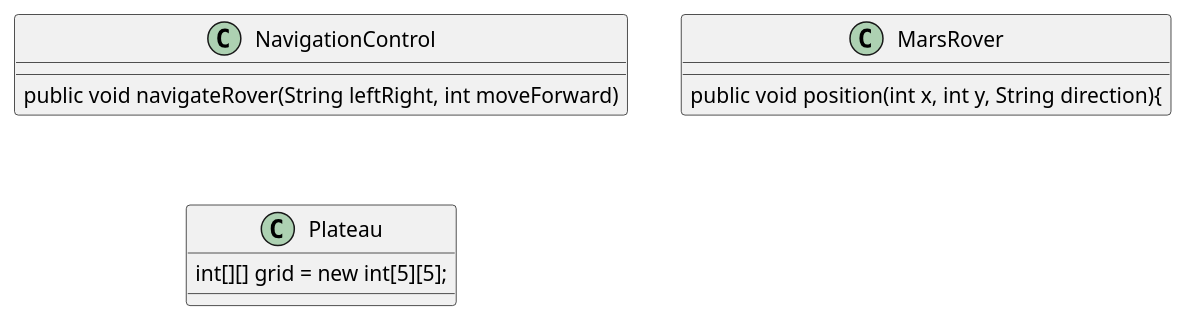
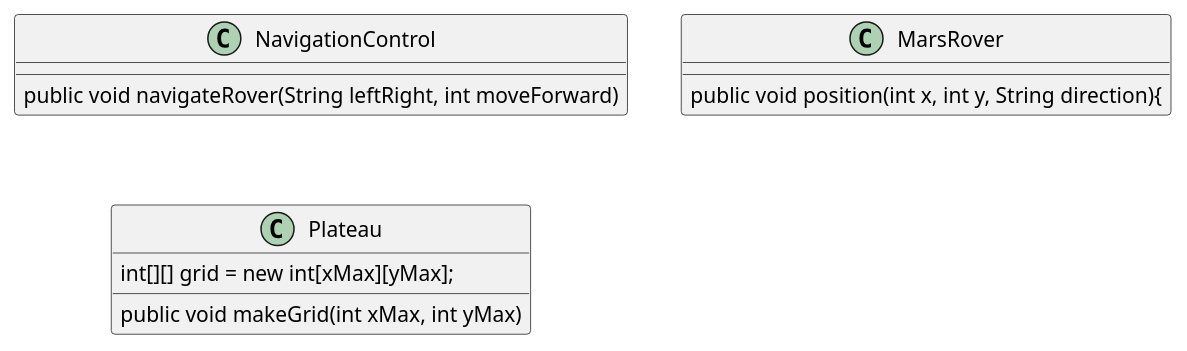
Before and after one commit to meenu-mathews/MarsRover: the diagram in .idea/MarsRover.puml, drawn with PlantUML.

Commit message:
Updated UML design

```diff
--- a/.idea/MarsRover.puml
+++ b/.idea/MarsRover.puml
@@ -1,15 +1,16 @@
 @startuml
 
 class NavigationControl{
 public void navigateRover(String leftRight, int moveForward)
 }
 class MarsRover {
 public void position(int x, int y, String direction){
 
 
 }
 class Plateau{
-int[][] grid = new int[5][5];
+public void makeGrid(int xMax, int yMax)
+int[][] grid = new int[xMax][yMax];
 }
 
 @enduml
```
